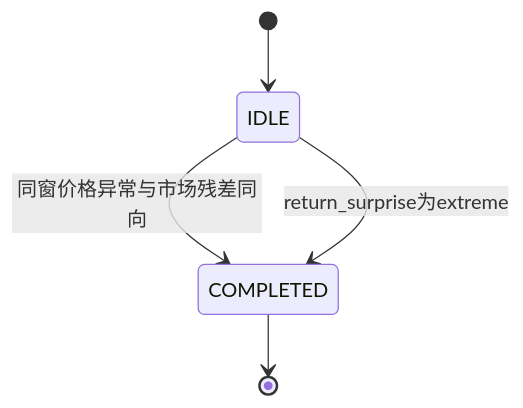
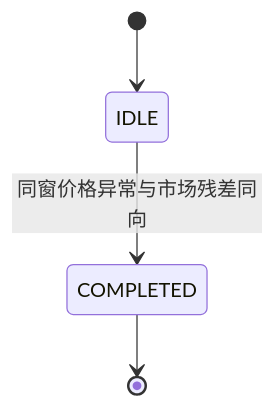
The first of 6 diagrams in docs/CORE_WALKTHROUGH_CN.md (LucyMeowMiluku/MarketStream), drawn with Mermaid before and after one commit. The commit also changed other lines of this file and 3 other files, not shown here.

````diff
--- a/docs/CORE_WALKTHROUGH_CN.md
+++ b/docs/CORE_WALKTHROUGH_CN.md
@@ -92,7 +92,6 @@
 ```mermaid
 stateDiagram-v2
   [*] --> IDLE
   IDLE --> COMPLETED: 同窗价格异常与市场残差同向
-  IDLE --> COMPLETED: return_surprise为extreme
   COMPLETED --> [*]
 ```
````
